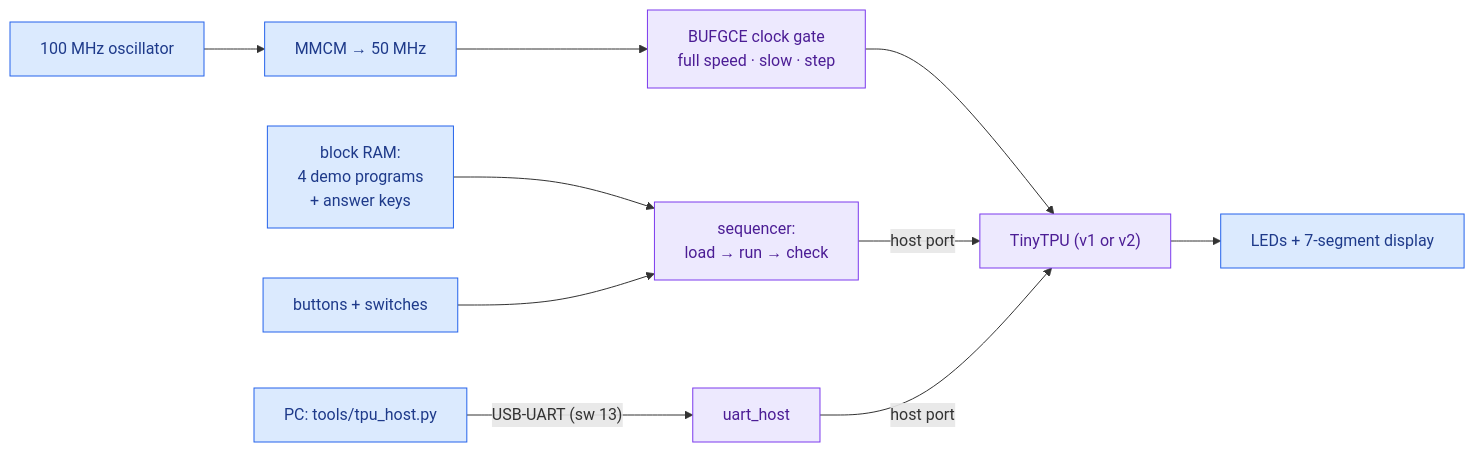
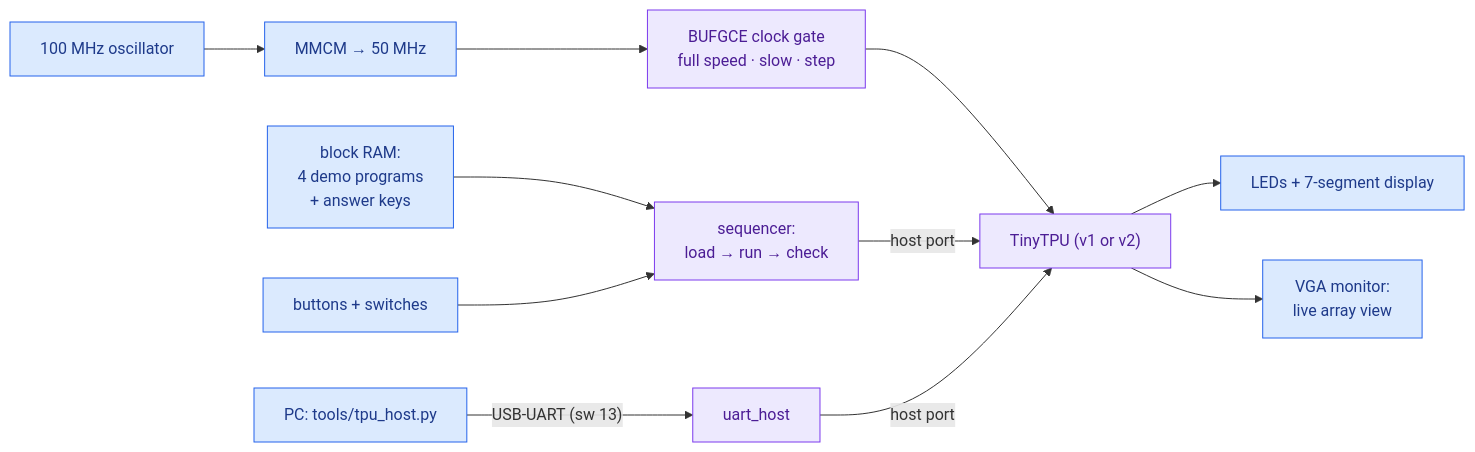
One commit to Normansrule/terrific-tpu changed the diagram in docs/22-basys3.md. Above: the diagram before and after it, drawn with Mermaid. The commit also changed other lines of this file and 13 other files, not shown here.

Commit message:
Basys 3: live VGA monitor view (verified frames), virtual monitor, lesson 22 update

````diff
--- a/docs/22-basys3.md
+++ b/docs/22-basys3.md
@@ -39,12 +40,13 @@
 ```mermaid
 flowchart LR
     OSC["100 MHz oscillator"] --> MMCM["MMCM → 50 MHz"] --> GATE["BUFGCE clock gate<br/>full speed · slow · step"] --> TPU["TinyTPU (v1 or v2)"]
     ROM["block RAM:<br/>4 demo programs<br/>+ answer keys"] --> SEQ["sequencer:<br/>load → run → check"] -- host port --> TPU
     BTN["buttons + switches"] --> SEQ
     PC["PC: tools/tpu_host.py"] -- "USB-UART (sw 13)" --> UH["uart_host"] -- host port --> TPU
     TPU --> OUT["LEDs + 7-segment display"]
+    TPU --> VGA["VGA monitor:<br/>live array view"]
     classDef c fill:#EDE9FE,stroke:#7C3AED,color:#4C1D95
     classDef d fill:#DBEAFE,stroke:#2563EB,color:#1E3A8A
     class TPU,SEQ,UH,GATE c
-    class ROM,BTN,PC,OUT,OSC,MMCM d
+    class ROM,BTN,PC,OUT,OSC,MMCM,VGA d
 ```
````
